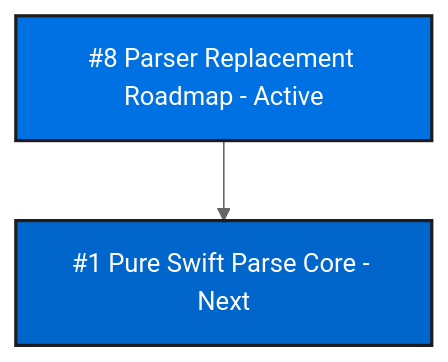
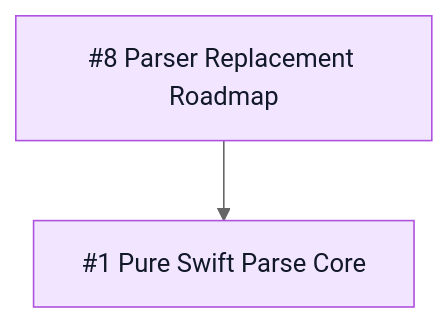
One commit to mihaelamj/PureYAML changed the second of 3 diagrams in README.md. Above: the diagram before and after it, drawn with Mermaid (neutral theme). The commit also changed other lines of this file and 2 other files, not shown here.

Commit message:
docs(roadmap): follow tiledown mermaid palette

````diff
--- a/README.md
+++ b/README.md
@@ -48,12 +41,10 @@
 ```mermaid
 flowchart TB
-  classDef done fill:#03A10E,color:#1D1D1F,stroke:#1D1D1F,stroke-width:2px
-  classDef review fill:#FF791B,color:#1D1D1F,stroke:#1D1D1F,stroke-width:2px
-  classDef active fill:#0071E3,color:#FFFFFF,stroke:#1D1D1F,stroke-width:2px
-  classDef next fill:#0066CC,color:#FFFFFF,stroke:#1D1D1F,stroke-width:2px
-  classDef partial fill:#B64400,color:#FFFFFF,stroke:#1D1D1F,stroke-width:2px
-  classDef todo fill:#86868B,color:#1D1D1F,stroke:#6E6E73,stroke-width:2px
-  SuperEpic8["#8 Parser Replacement Roadmap - Active"]:::active
-  Epic1["#1 Pure Swift Parse Core - Next"]:::next
+  classDef done fill:#ddf9e4,stroke:#34c759,color:#111827
+  classDef review fill:#fff7d6,stroke:#ffcc00,color:#111827
+  classDef epic fill:#f2e5ff,stroke:#af52de,color:#111827
+  classDef todo fill:#f2f4f7,stroke:#8e8e93,color:#111827
+  SuperEpic8["#8 Parser Replacement Roadmap"]:::epic
+  Epic1["#1 Pure Swift Parse Core"]:::epic
   SuperEpic8 --> Epic1
 ```
````
